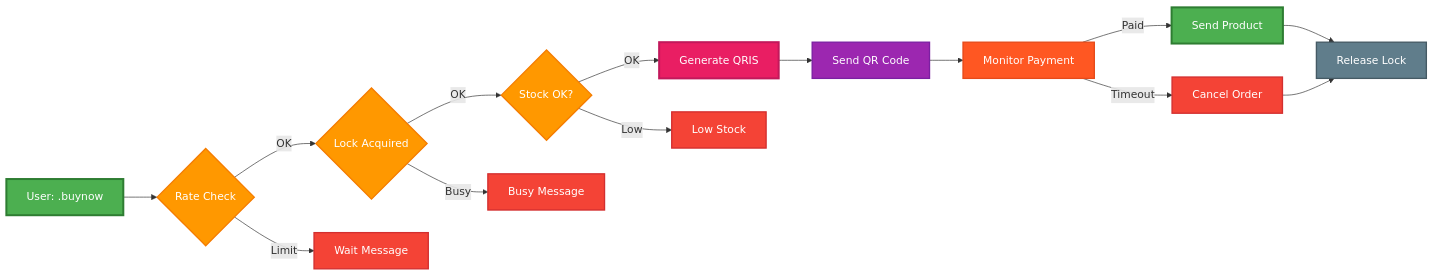
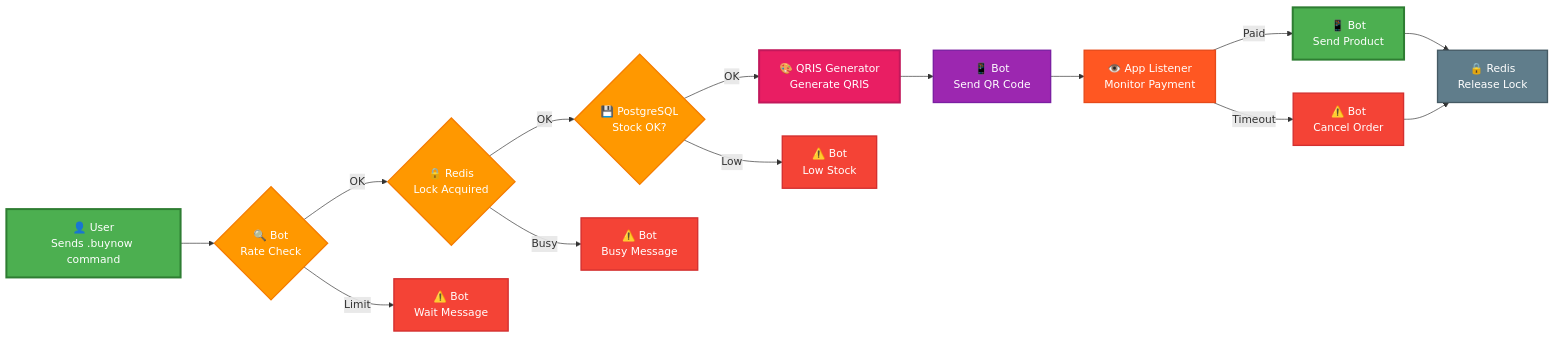
Before and after one commit to nicolaananda/bot-wa: the third of 3 diagrams in README.md, drawn with Mermaid. The commit also changed other lines of this file, not shown here.

First line of the commit message:
🏷️ Add component labels to payment flow diagrams

````diff
--- a/README.md
+++ b/README.md
@@ -175,30 +175,30 @@
 ```mermaid
 flowchart LR
-    A["User: .buynow"] --> B{"Rate Check"}
-    B -->|"OK"| C{"Lock Acquired"}
-    B -->|"Limit"| D["Wait Message"]
-    C -->|"OK"| E{"Stock OK?"}
-    C -->|"Busy"| F["Busy Message"]
-    E -->|"OK"| G["Generate QRIS"]
-    E -->|"Low"| H["Low Stock"]
-    G --> I["Send QR Code"]
-    I --> J["Monitor Payment"]
-    J -->|"Paid"| K["Send Product"]
-    J -->|"Timeout"| L["Cancel Order"]
-    K --> M["Release Lock"]
+    A["👤 User<br/>Sends .buynow command"] --> B{"🔍 Bot<br/>Rate Check"}
+    B -->|"OK"| C{"🔒 Redis<br/>Lock Acquired"}
+    B -->|"Limit"| D["⚠️ Bot<br/>Wait Message"]
+    C -->|"OK"| E{"💾 PostgreSQL<br/>Stock OK?"}
+    C -->|"Busy"| F["⚠️ Bot<br/>Busy Message"]
+    E -->|"OK"| G["🎨 QRIS Generator<br/>Generate QRIS"]
+    E -->|"Low"| H["⚠️ Bot<br/>Low Stock"]
+    G --> I["📱 Bot<br/>Send QR Code"]
+    I --> J["👁️ App Listener<br/>Monitor Payment"]
+    J -->|"Paid"| K["📱 Bot<br/>Send Product"]
+    J -->|"Timeout"| L["⚠️ Bot<br/>Cancel Order"]
+    K --> M["🔒 Redis<br/>Release Lock"]
     L --> M
     
     style A fill:#4CAF50,stroke:#2E7D32,stroke-width:3px,color:#fff
     style B fill:#FF9800,stroke:#F57C00,stroke-width:2px,color:#fff
     style C fill:#FF9800,stroke:#F57C00,stroke-width:2px,color:#fff
     style D fill:#F44336,stroke:#D32F2F,stroke-width:2px,color:#fff
     style E fill:#FF9800,stroke:#F57C00,stroke-width:2px,color:#fff
     style F fill:#F44336,stroke:#D32F2F,stroke-width:2px,color:#fff
     style G fill:#E91E63,stroke:#C2185B,stroke-width:3px,color:#fff
     style H fill:#F44336,stroke:#D32F2F,stroke-width:2px,color:#fff
     style I fill:#9C27B0,stroke:#7B1FA2,stroke-width:2px,color:#fff
     style J fill:#FF5722,stroke:#E64A19,stroke-width:2px,color:#fff
     style K fill:#4CAF50,stroke:#2E7D32,stroke-width:3px,color:#fff
     style L fill:#F44336,stroke:#D32F2F,stroke-width:2px,color:#fff
     style M fill:#607D8B,stroke:#455A64,stroke-width:2px,color:#fff
 ```
````
